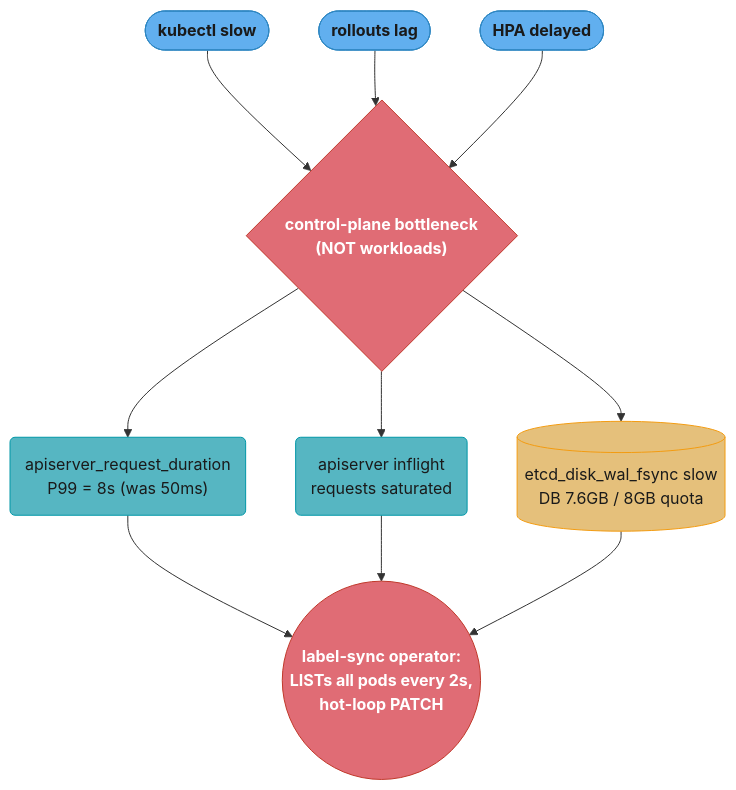
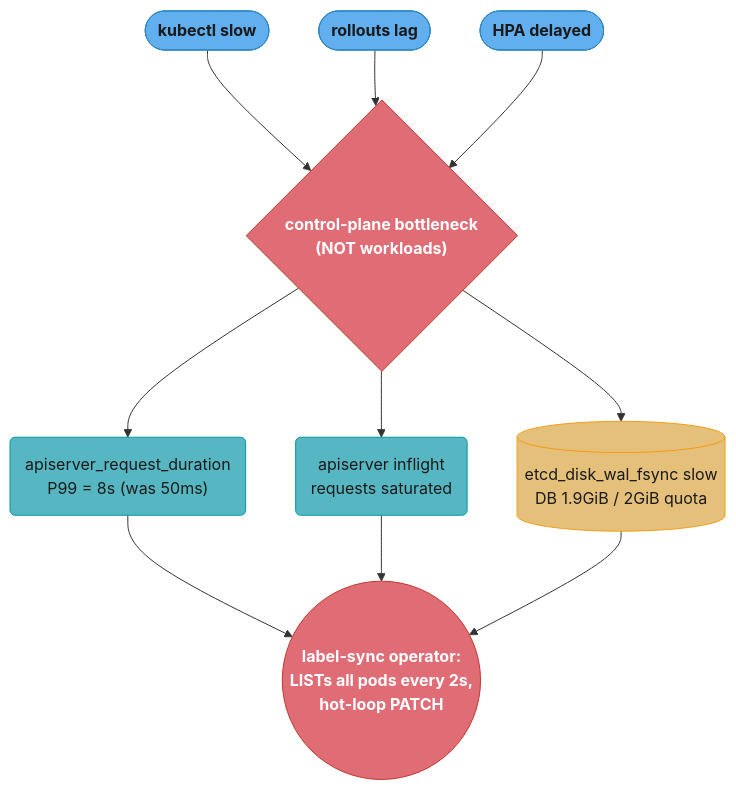
One commit to rppol/system-design changed the sixth of 6 diagrams in src/main/java/com/rutik/systemdesign/devops/kubernetes_architecture/kubernetes_architecture.md. Above: the diagram before and after it, drawn with Mermaid. The commit also changed other lines of this file and 32 other files, not shown here.

````diff
--- a/src/main/java/com/rutik/systemdesign/devops/kubernetes_architecture/kubernetes_architecture.md
+++ b/src/main/java/com/rutik/systemdesign/devops/kubernetes_architecture/kubernetes_architecture.md
@@ -449,35 +450,35 @@
 ```mermaid
 flowchart TD
     classDef io      fill:#61afef,stroke:#2e86c1,color:#1a1a1a,font-weight:bold
     classDef frozen  fill:#c678dd,stroke:#9b59b6,color:#fff
     classDef train   fill:#98c379,stroke:#27ae60,color:#1a1a1a
     classDef mathOp  fill:#d19a66,stroke:#e67e22,color:#1a1a1a,font-weight:bold
     classDef lossN   fill:#e06c75,stroke:#c0392b,color:#fff,font-weight:bold
     classDef req     fill:#56b6c2,stroke:#0097a7,color:#1a1a1a
     classDef base    fill:#e5c07b,stroke:#f39c12,color:#1a1a1a
 
     s1(["kubectl slow"])
     s2(["rollouts lag"])
     s3(["HPA delayed"])
     bottleneck{"control-plane bottleneck<br/>(NOT workloads)"}
     m1("apiserver_request_duration<br/>P99 = 8s (was 50ms)")
     m2("apiserver inflight<br/>requests saturated")
-    m3[("etcd_disk_wal_fsync slow<br/>DB 7.6GB / 8GB quota")]
+    m3[("etcd_disk_wal_fsync slow<br/>DB 1.9GiB / 2GiB quota")]
     culprit(("label-sync operator:<br/>LISTs all pods every 2s,<br/>hot-loop PATCH"))
 
     s1 --> bottleneck
     s2 --> bottleneck
     s3 --> bottleneck
     bottleneck --> m1
     bottleneck --> m2
     bottleneck --> m3
     m1 --> culprit
     m2 --> culprit
     m3 --> culprit
 
     class s1,s2,s3 io
     class bottleneck lossN
     class m1,m2 req
     class m3 base
     class culprit lossN
 ```
````
